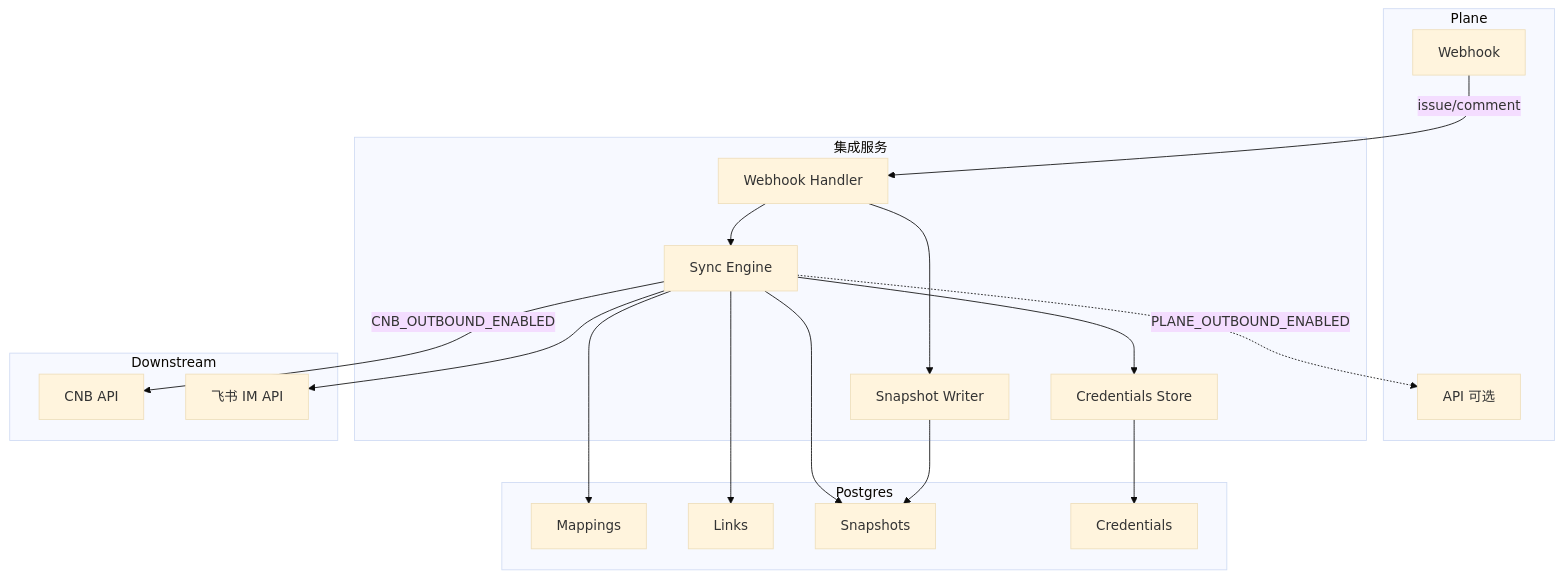
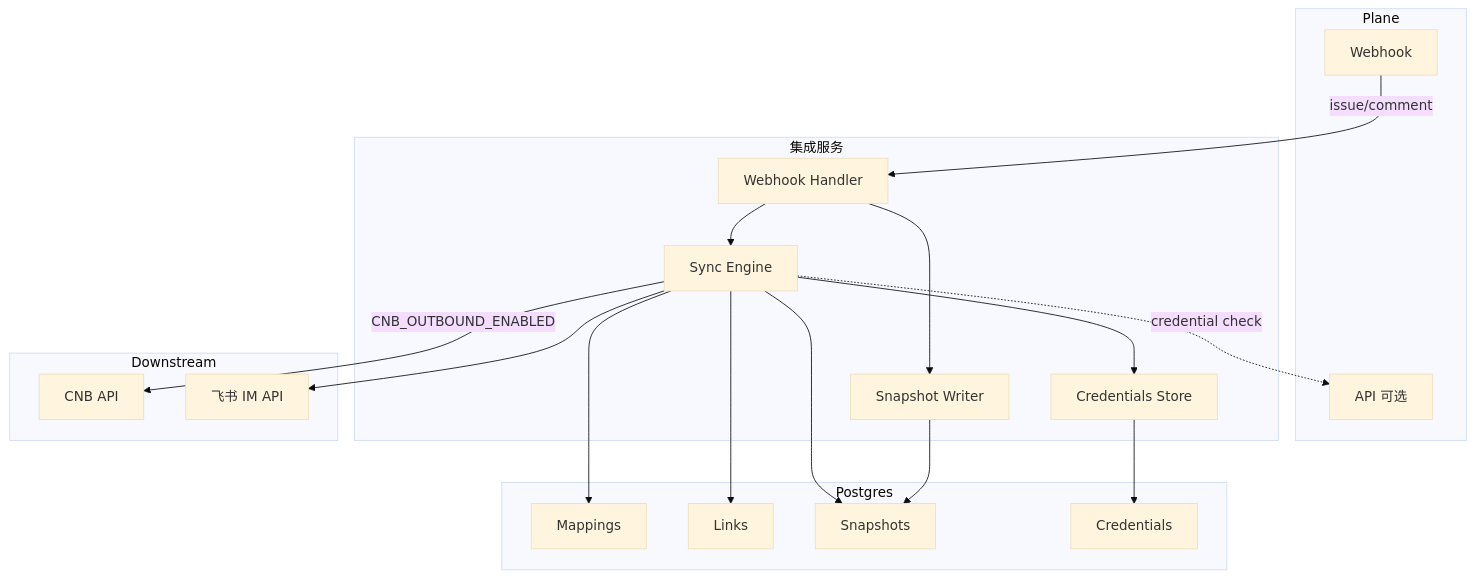
The diagram in docs/design/integration-feature-spec-webhook-only.md (CheneyDev/Cabb), drawn with Mermaid (base theme) before and after one commit. The commit also changed other lines of this file and 17 other files, not shown here.

First line of the commit message:
feat(plane): 实现凭据管理 + 移除 PLANE_OUTBOUND_ENABLED 开关

````diff
--- a/docs/design/integration-feature-spec-webhook-only.md
+++ b/docs/design/integration-feature-spec-webhook-only.md
@@ -82,41 +82,41 @@
 ```mermaid
 flowchart TB
   subgraph Plane
     PWH[Webhook]
     PAPI[API 可选]
   end
   
   subgraph 集成服务
     WH[Webhook Handler]
     SNAP[Snapshot Writer]
     SYNC[Sync Engine]
     CRED[Credentials Store]
   end
   
   subgraph Downstream
     CNB[CNB API]
     Lark[飞书 IM API]
   end
   
   subgraph DB[Postgres]
     MAPS[Mappings]
     LINKS[Links]
     SNAPS[Snapshots]
     CREDS[Credentials]
   end
   
   PWH -->|issue/comment| WH
   WH --> SNAP
   SNAP --> SNAPS
   WH --> SYNC
   SYNC --> MAPS
   SYNC --> LINKS
   SYNC --> SNAPS
   
-  SYNC -.->|PLANE_OUTBOUND_ENABLED| PAPI
+  SYNC -.->|credential check| PAPI
   SYNC -->|CNB_OUTBOUND_ENABLED| CNB
   SYNC --> Lark
   
   SYNC --> CRED
   CRED --> CREDS
 ```
````
